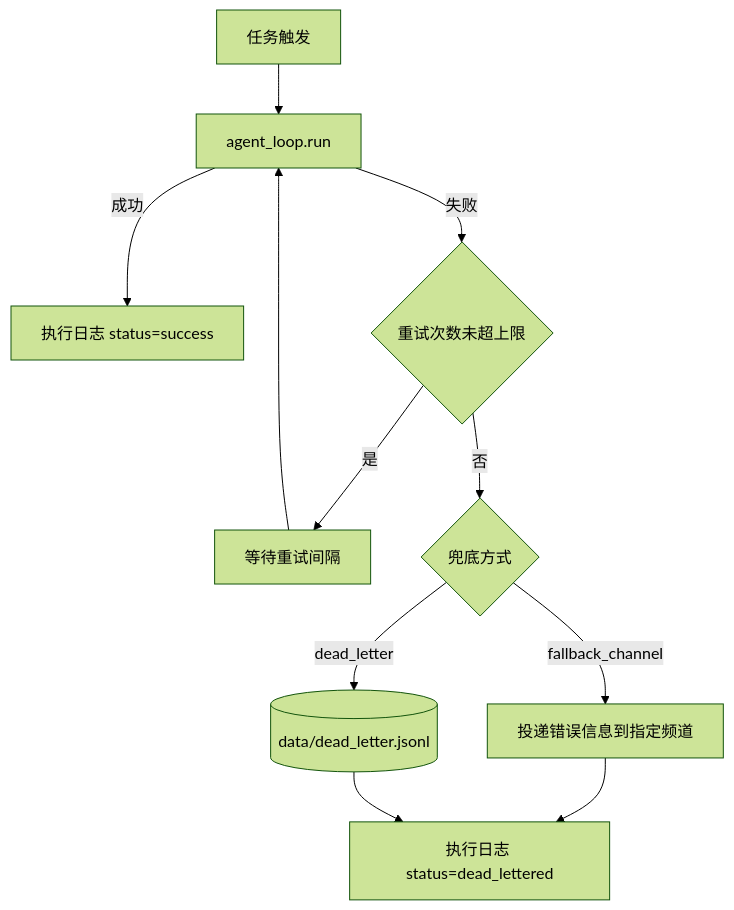
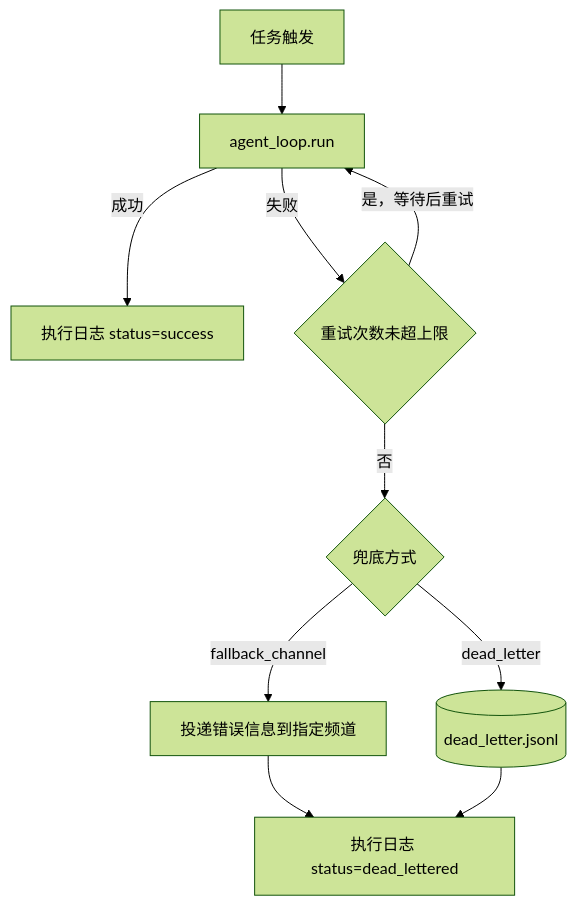
One commit to Summy2104/fleetent changed the third of 3 diagrams in docs/capabilities/scheduling.md. Above: the diagram before and after it, drawn with Mermaid (forest theme).

Commit message:
docs: fix mermaid loop edge and dot in node label for VSCode compatibility

````diff
--- a/docs/capabilities/scheduling.md
+++ b/docs/capabilities/scheduling.md
@@ -76,15 +76,15 @@
 ```mermaid
 flowchart TD
     TRIGGER[任务触发] --> EXEC["agent_loop.run"]
     EXEC -->|成功| LOG_OK["执行日志 status=success"]
     EXEC -->|失败| RETRY{重试次数未超上限}
 
-    RETRY -->|是| WAIT[等待重试间隔] --> EXEC
     RETRY -->|否| DL{兜底方式}
+    RETRY -->|是，等待后重试| EXEC
 
     DL -->|fallback_channel| CH["投递错误信息到指定频道"]
-    DL -->|dead_letter| DLQ[("data/dead_letter.jsonl")]
+    DL -->|dead_letter| DLQ[("dead_letter.jsonl")]
 
     CH --> LOG_DL["执行日志 status=dead_lettered"]
     DLQ --> LOG_DL
 ```
````
